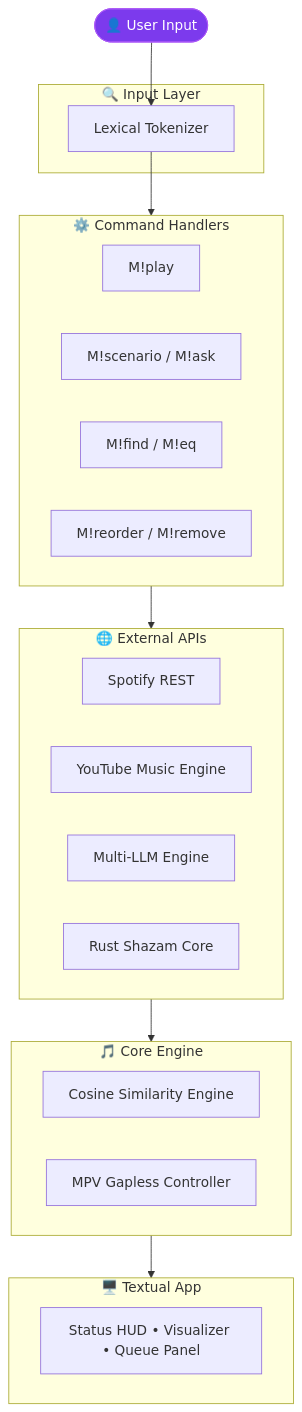
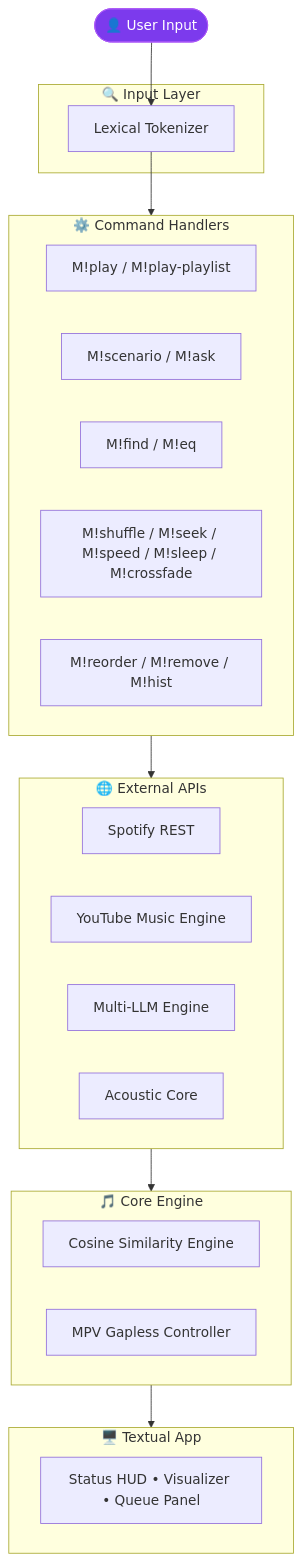
Before and after one commit to hemahariharan1126/tunecli: the diagram in README.md, drawn with Mermaid. The commit also changed other lines of this file and 5 other files, not shown here.

````diff
--- a/README.md
+++ b/README.md
@@ -156,39 +198,40 @@
 ```mermaid
 flowchart TD
     User(["👤 User Input"]):::input
 
     subgraph Parsing ["🔍 Input Layer"]
         Parser["Lexical Tokenizer"]
     end
 
     subgraph Commands ["⚙️ Command Handlers"]
         direction LR
-        Play["M!play"]
+        Play["M!play / M!play-playlist"]
         AI["M!scenario / M!ask"]
         Audio["M!find / M!eq"]
-        Queue["M!reorder / M!remove"]
+        Playback["M!shuffle / M!seek / M!speed / M!sleep / M!crossfade"]
+        Queue["M!reorder / M!remove / M!hist"]
     end
 
     subgraph APIs ["🌐 External APIs"]
         Spotify["Spotify REST"]
         YTMusic["YouTube Music Engine"]
         LLM["Multi-LLM Engine"]
-        Shazam["Rust Shazam Core"]
+        Shazam["Acoustic Core"]
     end
 
     subgraph Engine ["🎵 Core Engine"]
         Recommender["Cosine Similarity Engine"]
         Controller["MPV Gapless Controller"]
     end
 
     subgraph TUI ["🖥️ Textual App"]
         Widgets["Status HUD • Visualizer • Queue Panel"]
     end
 
     User --> Parser --> Commands
     Commands --> APIs
     APIs --> Engine
     Engine --> TUI
 
     classDef input fill:#7c3aed,stroke:#a855f7,color:#fff
 ```
````
